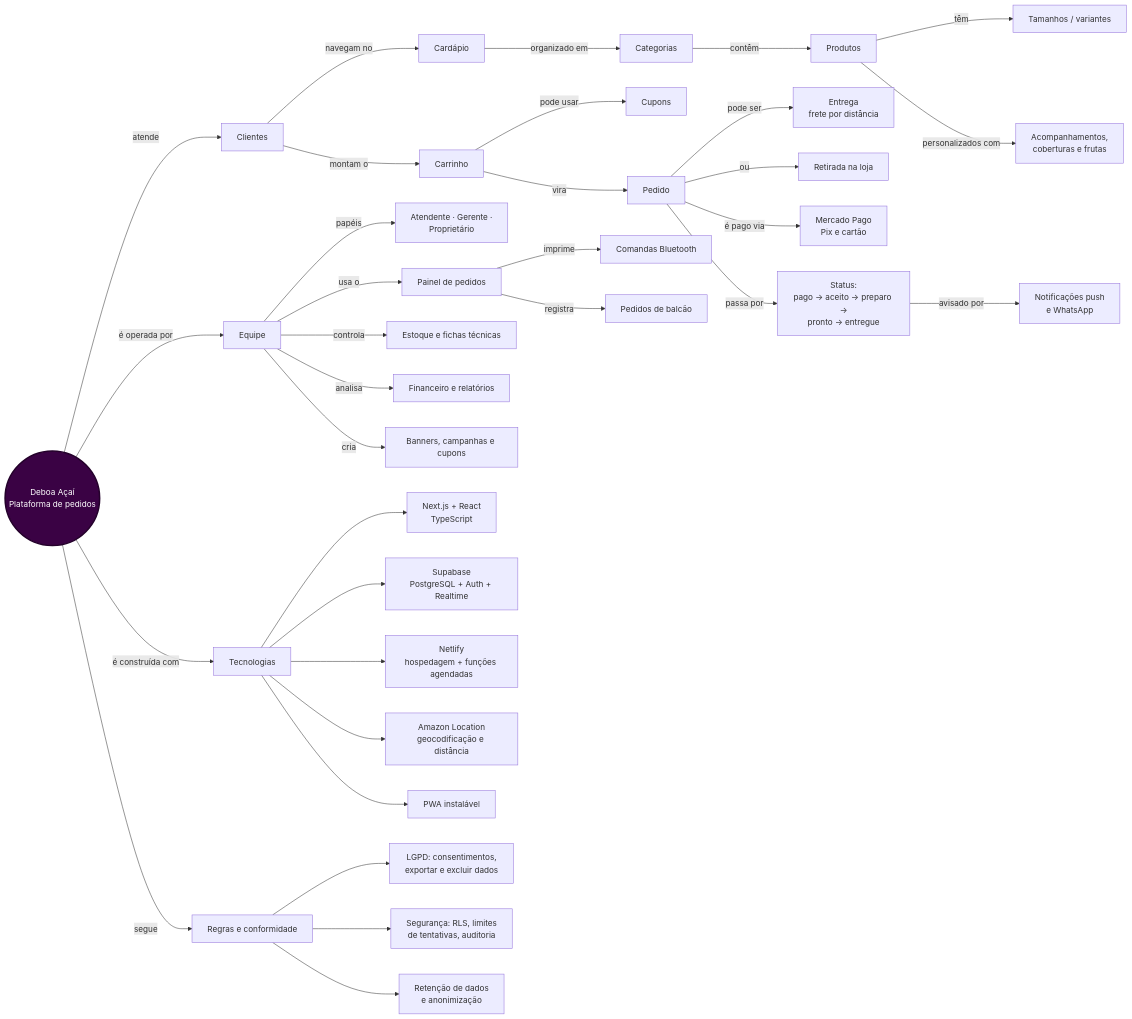
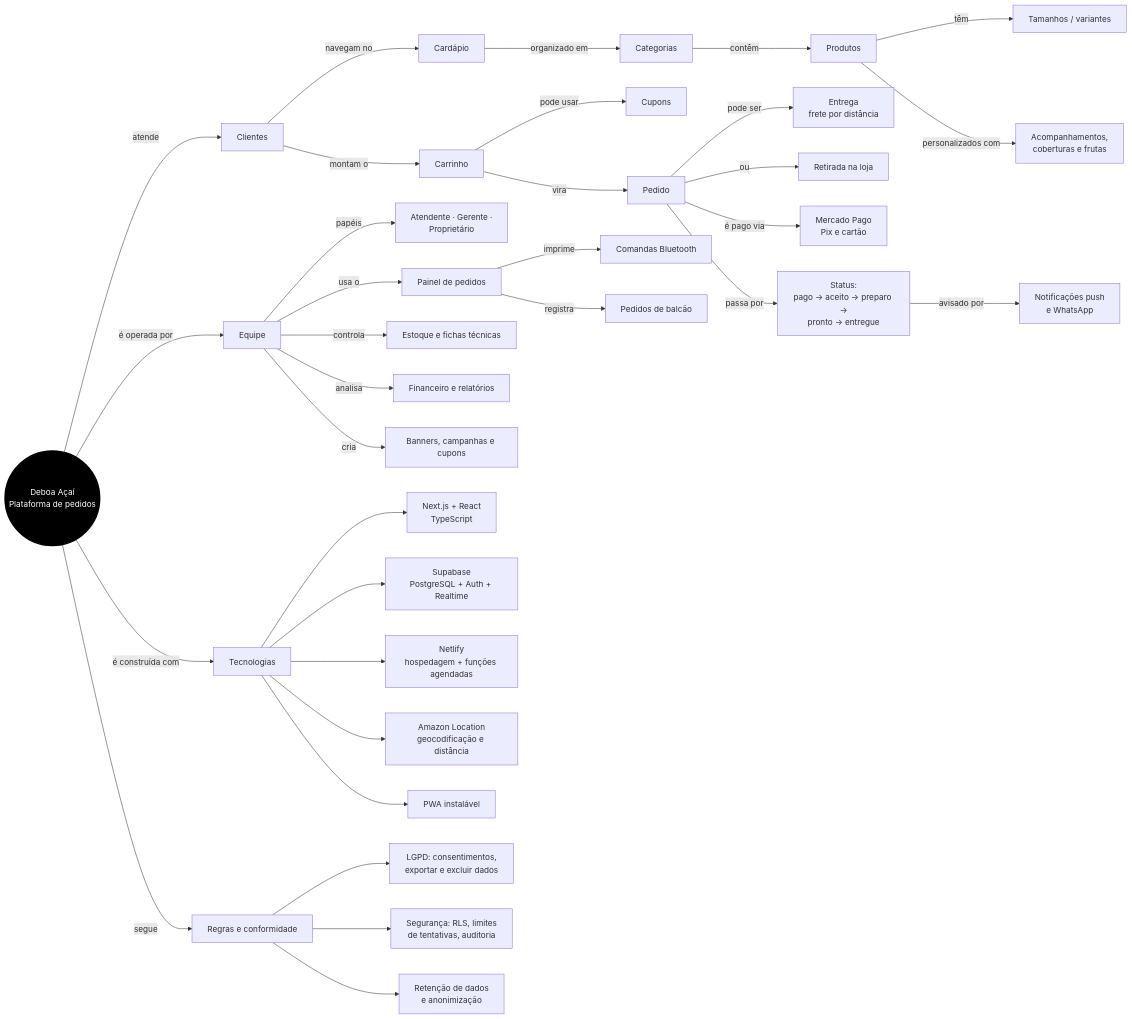
Before and after one commit to matteolima/pit-ii-deboa-acai: the diagram in diagramas/fontes/09-mapa-conceitual.mmd, drawn with Mermaid. The commit also changed 18 other files, not shown here.

Commit message:
Documentos no papel timbrado da Cruzeiro do Sul e diagramas em preto e branco

```diff
--- a/diagramas/fontes/09-mapa-conceitual.mmd
+++ b/diagramas/fontes/09-mapa-conceitual.mmd
@@ -1,35 +1,35 @@
 flowchart LR
   D((Deboa Açaí<br/>Plataforma de pedidos)):::core
   D -->|atende| CL[Clientes]
   D -->|é operada por| EQ[Equipe]
   D -->|é construída com| TEC[Tecnologias]
   D -->|segue| REG[Regras e conformidade]
   CL -->|navegam no| CAR[Cardápio]
   CAR -->|organizado em| CAT[Categorias]
   CAT -->|contêm| PRO[Produtos]
   PRO -->|têm| TAM[Tamanhos / variantes]
   PRO -->|personalizados com| OPC[Acompanhamentos,<br/>coberturas e frutas]
   CL -->|montam o| CRT[Carrinho]
   CRT -->|pode usar| CUP[Cupons]
   CRT -->|vira| PED[Pedido]
   PED -->|pode ser| ENT[Entrega<br/>frete por distância]
   PED -->|ou| RET[Retirada na loja]
   PED -->|é pago via| PAG[Mercado Pago<br/>Pix e cartão]
   PED -->|passa por| STA[Status:<br/>pago → aceito → preparo →<br/>pronto → entregue]
   STA -->|avisado por| NOT[Notificações push<br/>e WhatsApp]
   EQ -->|papéis| PAP[Atendente · Gerente ·<br/>Proprietário]
   EQ -->|usa o| PAI[Painel de pedidos]
   PAI -->|imprime| COM[Comandas Bluetooth]
   PAI -->|registra| BAL[Pedidos de balcão]
   EQ -->|controla| EST[Estoque e fichas técnicas]
   EQ -->|analisa| FIN[Financeiro e relatórios]
   EQ -->|cria| MKT[Banners, campanhas e cupons]
   TEC --> NX[Next.js + React<br/>TypeScript]
   TEC --> SB[Supabase<br/>PostgreSQL + Auth + Realtime]
   TEC --> NF[Netlify<br/>hospedagem + funções agendadas]
   TEC --> LOC[Amazon Location<br/>geocodificação e distância]
   TEC --> PWA[PWA instalável]
   REG --> LGPD[LGPD: consentimentos,<br/>exportar e excluir dados]
   REG --> SEG[Segurança: RLS, limites<br/>de tentativas, auditoria]
   REG --> RET2[Retenção de dados<br/>e anonimização]
-  classDef core fill:#3a0244,color:#fff,stroke:#24012b,stroke-width:3px
+  classDef core fill:#000000,color:#fff,stroke:#000000,stroke-width:3px
```
